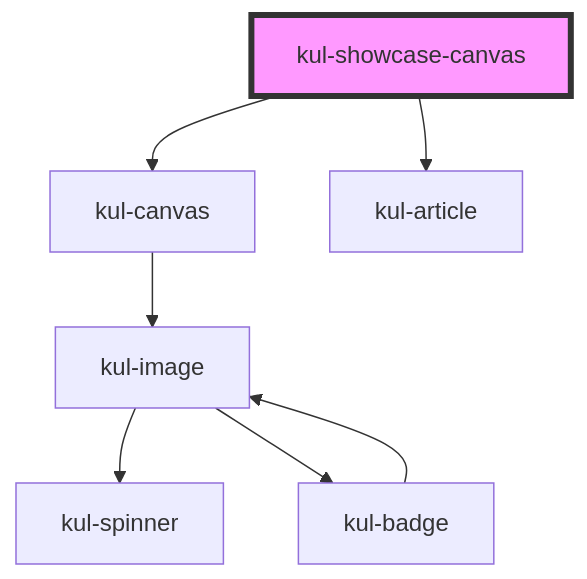
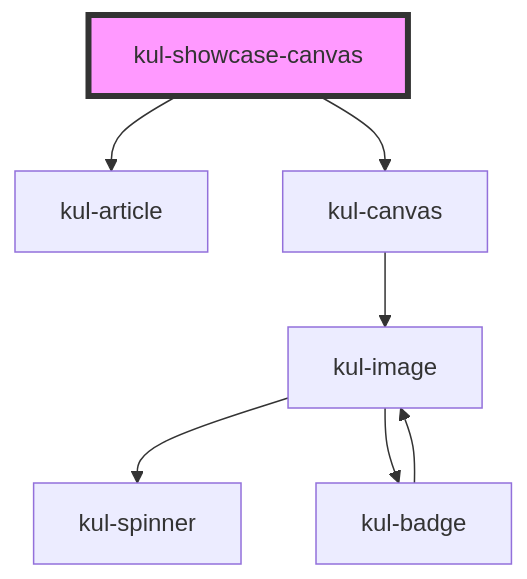
The diagram in packages/ketchup-lite/src/components/kul-showcase/components/canvas/readme.md (lucafoscili/ketchup-lite), drawn with Mermaid before and after one commit. The commit also changed other lines of this file and 46 other files, not shown here.

````diff
--- a/packages/ketchup-lite/src/components/kul-showcase/components/canvas/readme.md
+++ b/packages/ketchup-lite/src/components/kul-showcase/components/canvas/readme.md
@@ -27,10 +24,10 @@
 ```mermaid
 graph TD;
+  kul-showcase-canvas --> kul-article
   kul-showcase-canvas --> kul-canvas
-  kul-showcase-canvas --> kul-article
   kul-canvas --> kul-image
   kul-image --> kul-spinner
   kul-image --> kul-badge
   kul-badge --> kul-image
   style kul-showcase-canvas fill:#f9f,stroke:#333,stroke-width:4px
 ```
````
